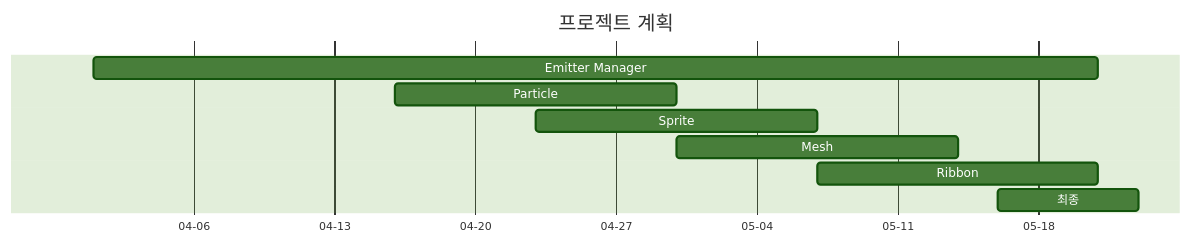
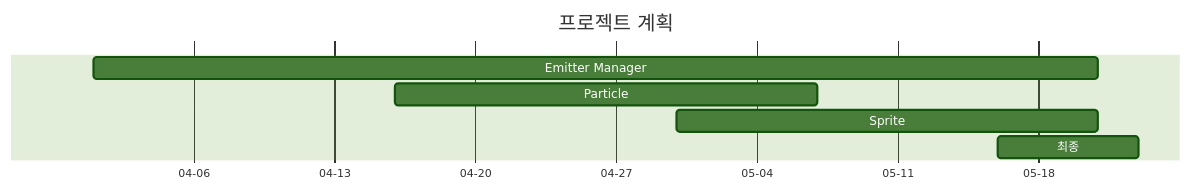
Before and after one commit to jooyounghan/ProjectA: the second of 2 diagrams in README.md, drawn with Mermaid (forest theme). The commit also changed other lines of this file, not shown here.

````diff
--- a/README.md
+++ b/README.md
@@ -33,13 +28,11 @@
 ```mermaid
 gantt
 	dateFormat YYYY-MM-DD
 	title 프로젝트 계획
 	dateFormat MM-DD
 	axisFormat %m-%d
     Emitter Manager :a, 04-01, 05-21
-    Particle  :b, 04-16, 04-30
-    Sprite :c, 04-23, 05-07
-    Mesh :d, 04-30, 05-14
-    Ribbon :e, 05-07, 05-21
+    Particle  :b, 04-16, 05-07
+    Sprite :c, 04-30, 05-21
     최종 :f, 05-16, 05-23
 ```
````
